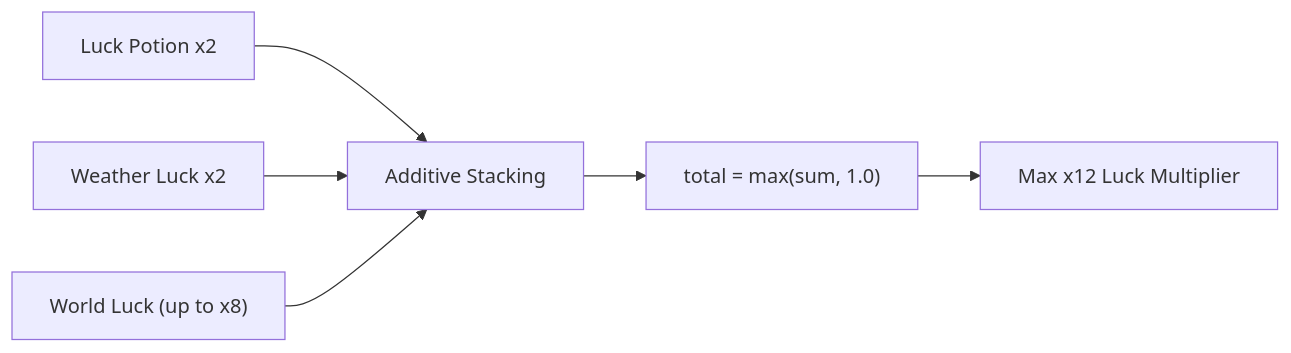
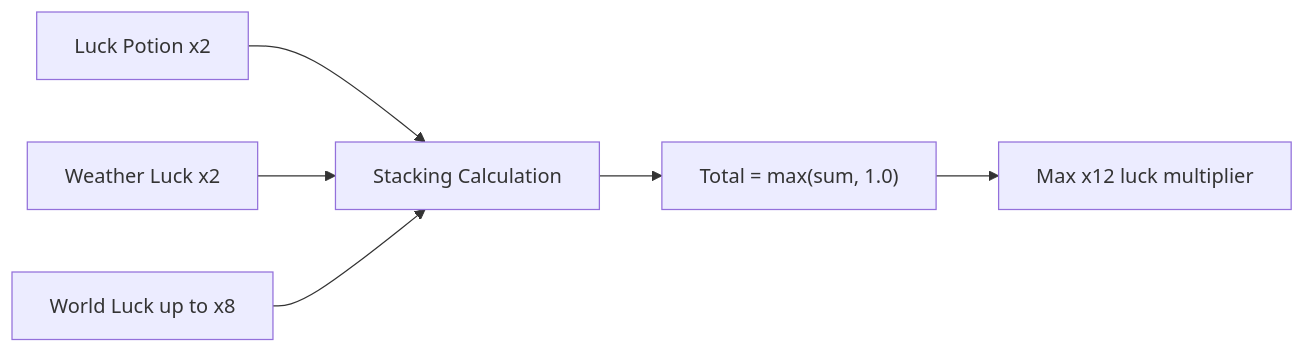
Before and after one commit to SeaLoong/Fish-Udon-Raw-Ilcode: the ninth of 18 diagrams in docs/gamedata-en.md, drawn with Mermaid. The commit also changed other lines of this file and 1 other file, not shown here.

````diff
--- a/docs/gamedata-en.md
+++ b/docs/gamedata-en.md
@@ -391,8 +722,8 @@
 ```mermaid
 flowchart LR
-    A["Luck Potion x2"] --> D["Additive Stacking"]
+    A["Luck Potion x2"] --> D["Stacking Calculation"]
     B["Weather Luck x2"] --> D
-    C["World Luck (up to x8)"] --> D
-    D --> E["total = max(sum, 1.0)"]
-    E --> F["Max x12 Luck Multiplier"]
+    C["World Luck up to x8"] --> D
+    D --> E["Total = max(sum, 1.0)"]
+    E --> F["Max x12 luck multiplier"]
 ```
````
